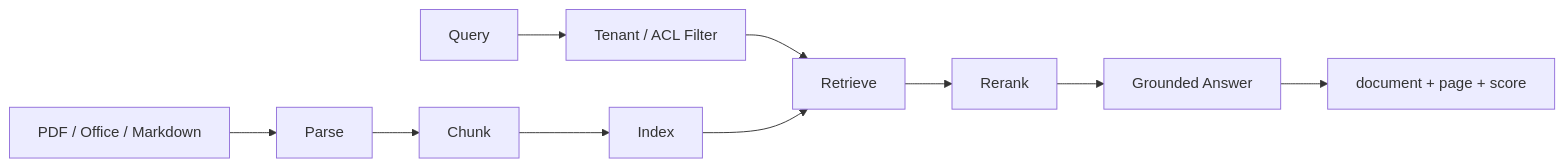
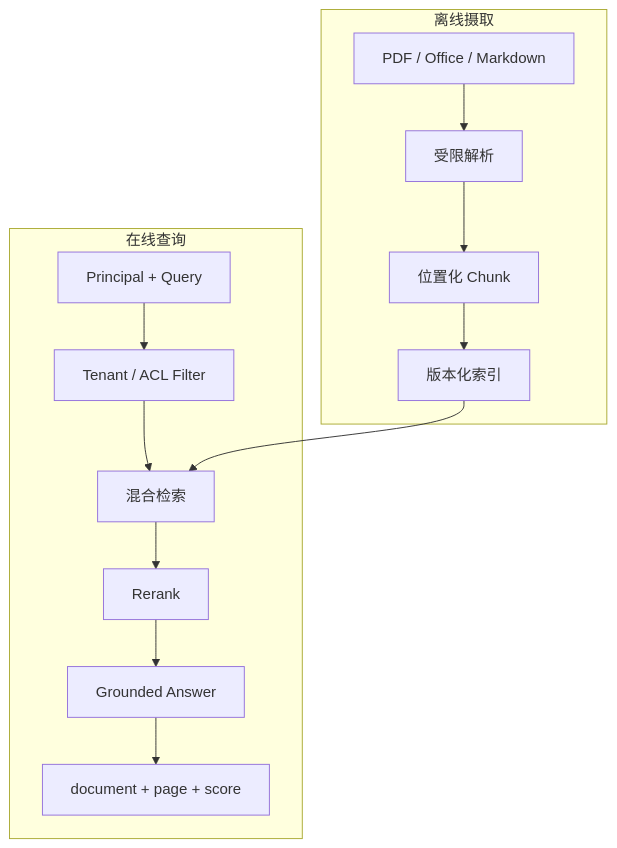
Before and after one commit to wujinjun/ai-agent-book: the first of 4 diagrams in projects/04-knowledge-agent/README.md, drawn with Mermaid. The commit also changed other lines of this file and 536 other files, not shown here.

````diff
--- a/projects/04-knowledge-agent/README.md
+++ b/projects/04-knowledge-agent/README.md
@@ -14,10 +14,17 @@
 ```mermaid
 %% id: project4-knowledge-rag-pipeline
 %% title: 企业知识库摄取与查询管线
 %% alt: PDF Office Markdown 经解析切分索引后，查询经过租户权限过滤检索重排生成带页码引用的回答
-flowchart LR
-    Files["PDF / Office / Markdown"] --> Parse --> Chunk --> Index
-    Query --> ACL["Tenant / ACL Filter"] --> Retrieve --> Rerank
+flowchart TB
+    subgraph Ingest["离线摄取"]
+        Files["PDF / Office / Markdown"] --> Parse["受限解析"]
+        Parse --> Chunk["位置化 Chunk"] --> Index["版本化索引"]
+    end
+    subgraph Online["在线查询"]
+        Query["Principal + Query"] --> ACL["Tenant / ACL Filter"]
+        ACL --> Retrieve["混合检索"] --> Rerank
+        Rerank --> Answer["Grounded Answer"]
+        Answer --> Citation["document + page + score"]
+    end
     Index --> Retrieve
-    Rerank --> Answer["Grounded Answer"] --> Citation["document + page + score"]
 ```
````
